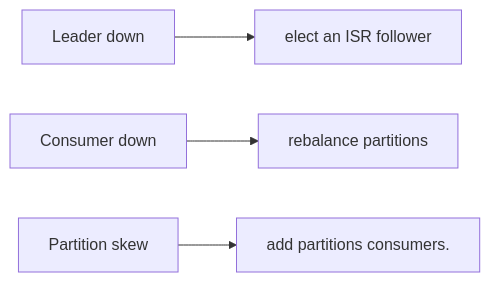
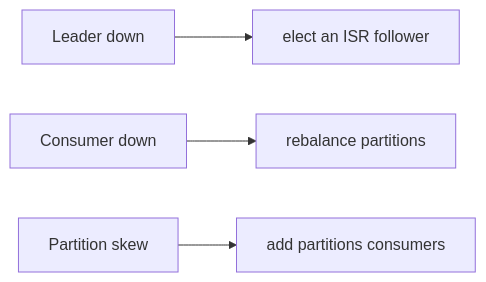
Before and after one commit to RIT-MESH/system-design-mastery: the third of 3 diagrams in case-studies/advanced/message-broker.md, drawn with Mermaid. The commit also changed other lines of this file and 215 other files, not shown here.

First line of the commit message:
Complete all remaining work: expand case studies, add 13 AI case studies, fix diagrams, status to Complete

````diff
--- a/case-studies/advanced/message-broker.md
+++ b/case-studies/advanced/message-broker.md
@@ -133,13 +165,13 @@
 ```mermaid
 %% created-for: system-design-mastery
 flowchart LR
   C1["Leader down"]
   R2["elect an ISR follower"]
   C1 --> R2
   C3["Consumer down"]
   R4["rebalance partitions"]
   C3 --> R4
   C5["Partition skew"]
-  R6["add partitions consumers."]
+  R6["add partitions consumers"]
   C5 --> R6
 ```
````
